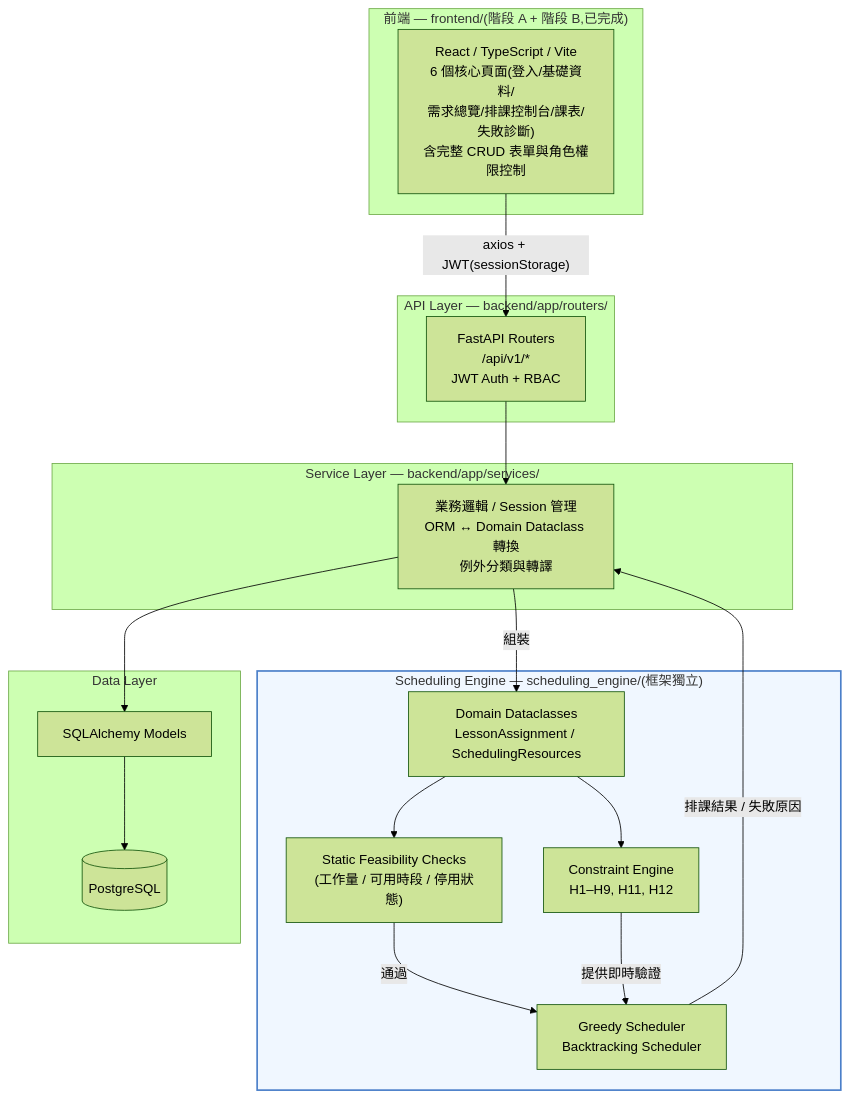
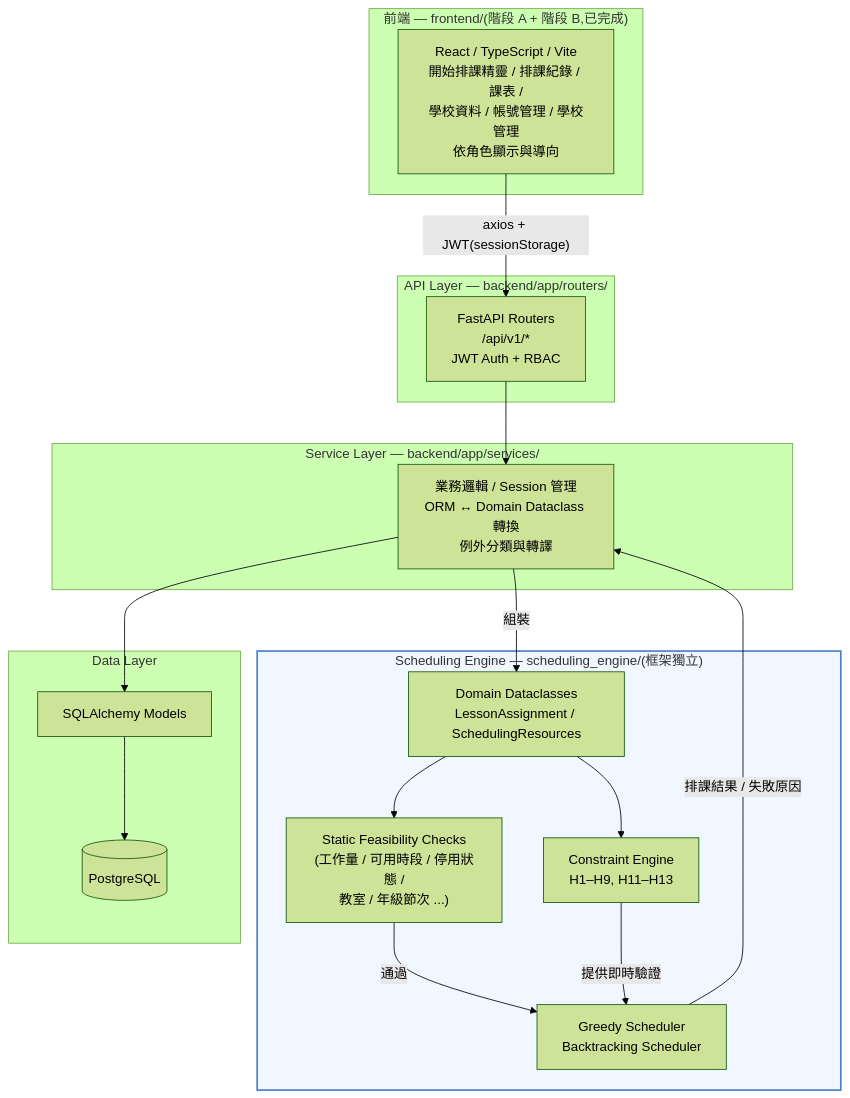
One commit to aaachun18/elementary-school-timetable changed the first of 2 diagrams in README.md. Above: the diagram before and after it, drawn with Mermaid (forest theme). The commit also changed other lines of this file and 191 other files, not shown here.

````diff
--- a/README.md
+++ b/README.md
@@ -68,39 +58,39 @@
 ```mermaid
 flowchart TB
     subgraph Client["前端 — frontend/(階段 A + 階段 B,已完成)"]
-        React["React / TypeScript / Vite<br/>6 個核心頁面(登入/基礎資料/<br/>需求總覽/排課控制台/課表/失敗診斷)<br/>含完整 CRUD 表單與角色權限控制"]
+        React["React / TypeScript / Vite<br/>開始排課精靈 / 排課紀錄 / 課表 /<br/>學校資料 / 帳號管理 / 學校管理<br/>依角色顯示與導向"]
     end
 
     subgraph API["API Layer — backend/app/routers/"]
         FastAPI["FastAPI Routers<br/>/api/v1/*<br/>JWT Auth + RBAC"]
     end
 
     subgraph Service["Service Layer — backend/app/services/"]
         SVC["業務邏輯 / Session 管理<br/>ORM ↔ Domain Dataclass 轉換<br/>例外分類與轉譯"]
     end
 
     subgraph Engine["Scheduling Engine — scheduling_engine/(框架獨立)"]
         Domain["Domain Dataclasses<br/>LessonAssignment / SchedulingResources"]
-        Static["Static Feasibility Checks<br/>(工作量 / 可用時段 / 停用狀態)"]
-        Constraints["Constraint Engine<br/>H1–H9, H11, H12"]
+        Static["Static Feasibility Checks<br/>(工作量 / 可用時段 / 停用狀態 /<br/>教室 / 年級節次 ...)"]
+        Constraints["Constraint Engine<br/>H1–H9, H11–H13"]
         Algo["Greedy Scheduler<br/>Backtracking Scheduler"]
     end
 
     subgraph Data["Data Layer"]
         ORM["SQLAlchemy Models"]
         PG[("PostgreSQL")]
     end
 
     React -->|"axios + JWT(sessionStorage)"| FastAPI
     FastAPI --> SVC
     SVC -->|"組裝"| Domain
     Domain --> Static
     Static -->|"通過"| Algo
     Domain --> Constraints
     Constraints -->|"提供即時驗證"| Algo
     Algo -->|"排課結果 / 失敗原因"| SVC
     SVC --> ORM
     ORM --> PG
 
     style Engine fill:#f0f7ff,stroke:#4a7fc9,stroke-width:2px
 ```
````
